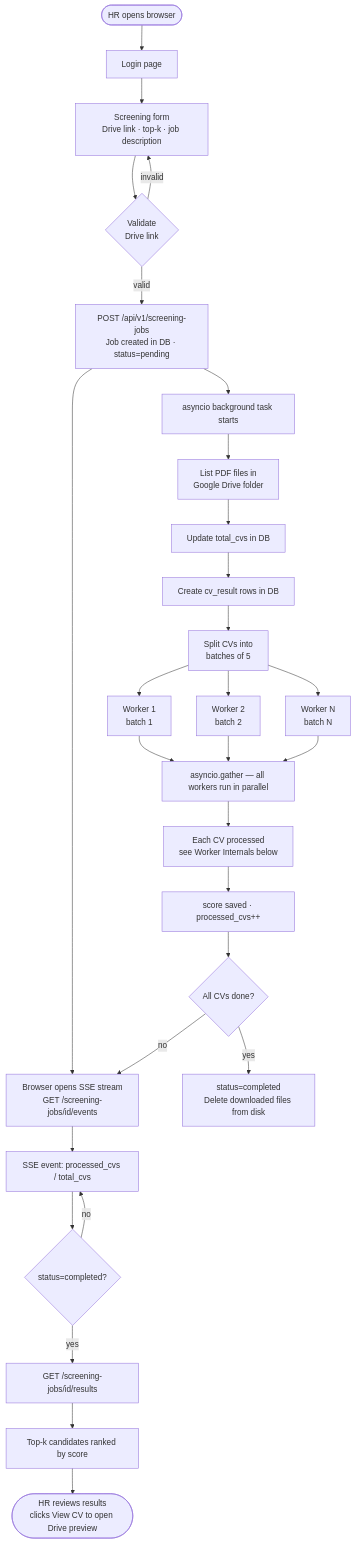
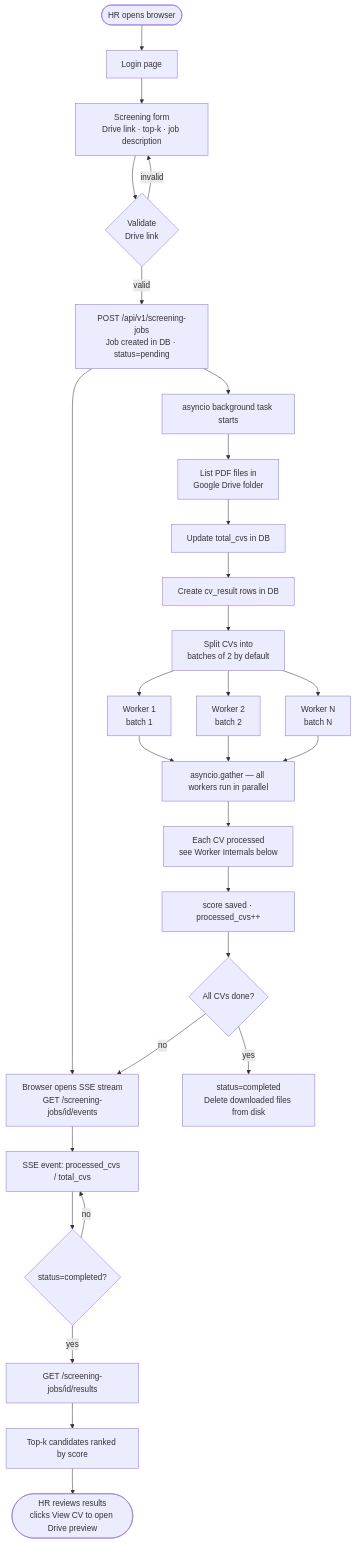
One commit to Pramjeet12/RecruitFlow changed the first of 3 diagrams in README.md. Above: the diagram before and after it, drawn with Mermaid. The commit also changed other lines of this file, not shown here.

````diff
--- a/README.md
+++ b/README.md
@@ -38,34 +76,34 @@
 ```mermaid
 flowchart TD
     A([HR opens browser]) --> B[Login page]
     B --> C[Screening form\nDrive link · top-k · job description]
     C --> D{Validate\nDrive link}
     D -- invalid --> C
     D -- valid --> E[POST /api/v1/screening-jobs\nJob created in DB · status=pending]
     E --> F[asyncio background task starts]
     E --> G[Browser opens SSE stream\nGET /screening-jobs/id/events]
 
     F --> H[List PDF files in\nGoogle Drive folder]
     H --> I[Update total_cvs in DB]
     I --> J[Create cv_result rows in DB]
-    J --> K[Split CVs into\nbatches of 5]
+    J --> K[Split CVs into\nbatches of 2 by default]
 
     K --> L1[Worker 1\nbatch 1]
     K --> L2[Worker 2\nbatch 2]
     K --> L3[Worker N\nbatch N]
 
     L1 & L2 & L3 --> M[asyncio.gather — all workers run in parallel]
 
     M --> N[Each CV processed\nsee Worker Internals below]
     N --> O[score saved · processed_cvs++]
     O --> P{All CVs done?}
     P -- no --> G
     P -- yes --> Q[status=completed\nDelete downloaded files from disk]
 
     G --> R[SSE event: processed_cvs / total_cvs]
     R --> S{status=completed?}
     S -- no --> R
     S -- yes --> T[GET /screening-jobs/id/results]
     T --> U[Top-k candidates ranked by score]
     U --> V([HR reviews results\nclicks View CV to open Drive preview])
 ```
````
